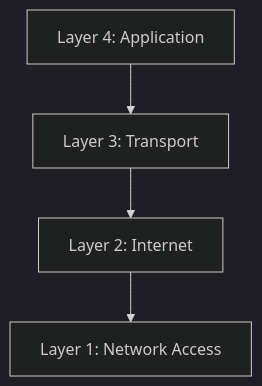
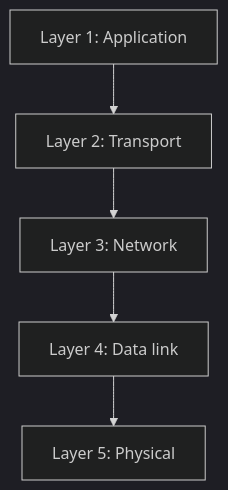
Before and after one commit to aswath0001/Internet-Networking: the diagram in 5.md, drawn with Mermaid (dark theme).

````diff
--- a/5.md
+++ b/5.md
@@ -5,7 +5,9 @@
 ```mermaid
 graph TD
-    L4["Layer 4: Application"] --> L3["Layer 3: Transport"]
-    L3 --> L2["Layer 2: Internet"]
-    L2 --> L1["Layer 1: Network Access"]
+    L1["Layer 1: Application"]
+    L1 --> L2["Layer 2: Transport"]
+    L2 --> L3["Layer 3: Network"]
+    L3 --> L4["Layer 4: Data link"]
+    L4 --> L5["Layer 5: Physical"]
 
 ```
````
